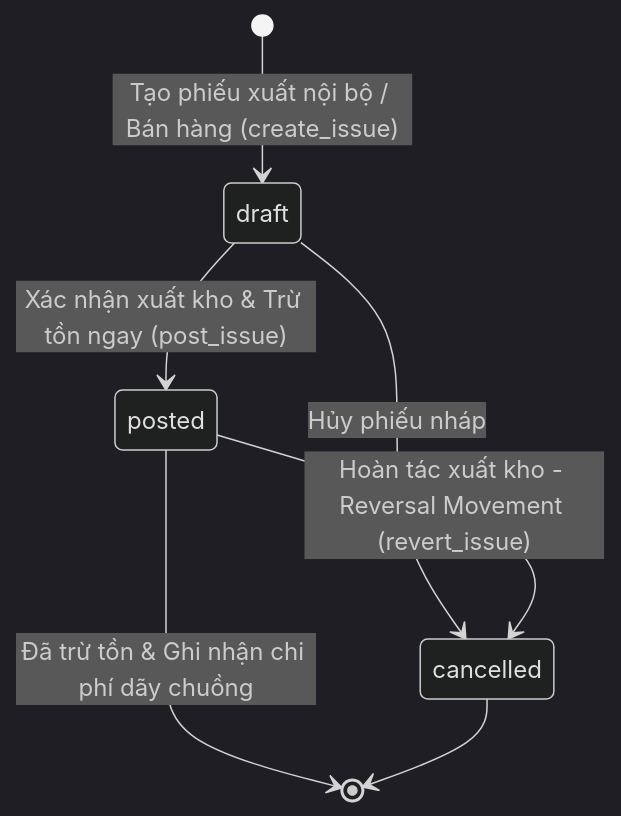
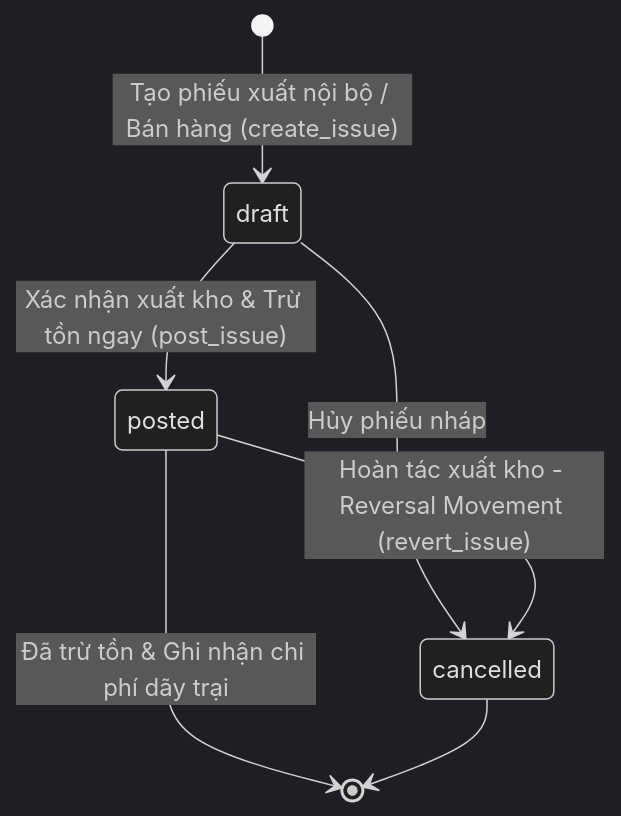
The third of 8 diagrams in docs/architecture/state-machines.md (theiheu/minh-tan-phat-supply), drawn with Mermaid (dark theme) before and after one commit. The commit also changed other lines of this file and 135 other files, not shown here.

````diff
--- a/docs/architecture/state-machines.md
+++ b/docs/architecture/state-machines.md
@@ -63,9 +63,9 @@
 ```mermaid
 stateDiagram-v2
     [*] --> draft: Tạo phiếu xuất nội bộ / Bán hàng (create_issue)
     draft --> posted: Xác nhận xuất kho & Trừ tồn ngay (post_issue)
     draft --> cancelled: Hủy phiếu nháp
     posted --> cancelled: Hoàn tác xuất kho - Reversal Movement (revert_issue)
-    posted --> [*]: Đã trừ tồn & Ghi nhận chi phí dãy chuồng
+    posted --> [*]: Đã trừ tồn & Ghi nhận chi phí dãy trại
     cancelled --> [*]
 ```
````
